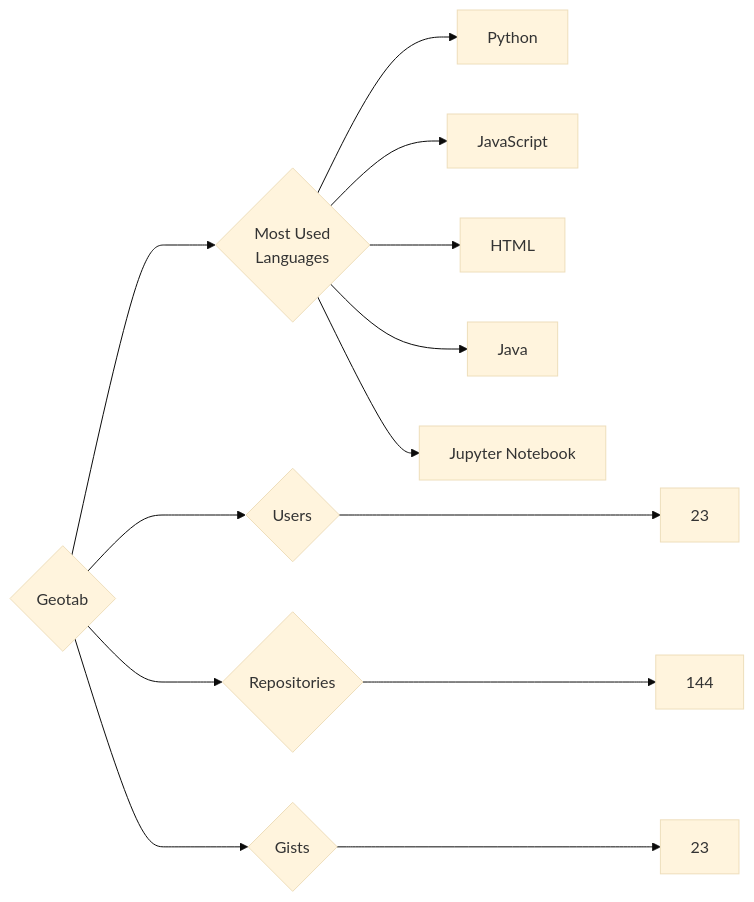
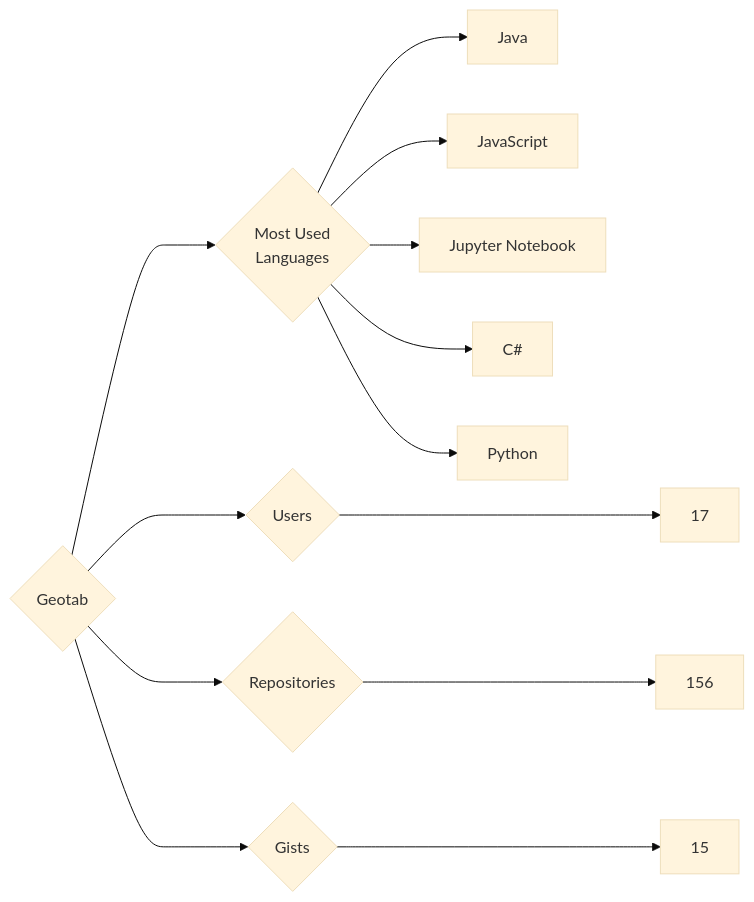
The diagram in targets/Geotab/README.md (trickest/insiders), drawn with Mermaid (base theme) before and after one commit. The commit also changed 930 other files, not shown here.

````diff
--- a/targets/Geotab/README.md
+++ b/targets/Geotab/README.md
@@ -3,13 +3,13 @@
 ```mermaid
 graph LR
 COMPANY_NAME{Geotab}
-COMPANY_NAME ---> U{Users} ---> UN[23]
-COMPANY_NAME ---> R{Repositories} ---> RN[144]
-COMPANY_NAME ---> G{Gists} ---> GN[23]
+COMPANY_NAME ---> U{Users} ---> UN[17]
+COMPANY_NAME ---> R{Repositories} ---> RN[156]
+COMPANY_NAME ---> G{Gists} ---> GN[15]
 COMPANY_NAME ---> ML{Most Used<br>Languages}
+ML --> Java[Java]
+ML --> JavaScript[JavaScript]
+ML --> Jupyter_Notebook[Jupyter Notebook]
+ML --> C#[C#]
 ML --> Python[Python]
-ML --> JavaScript[JavaScript]
-ML --> HTML[HTML]
-ML --> Java[Java]
-ML --> Jupyter_Notebook[Jupyter Notebook]
 ```
````
